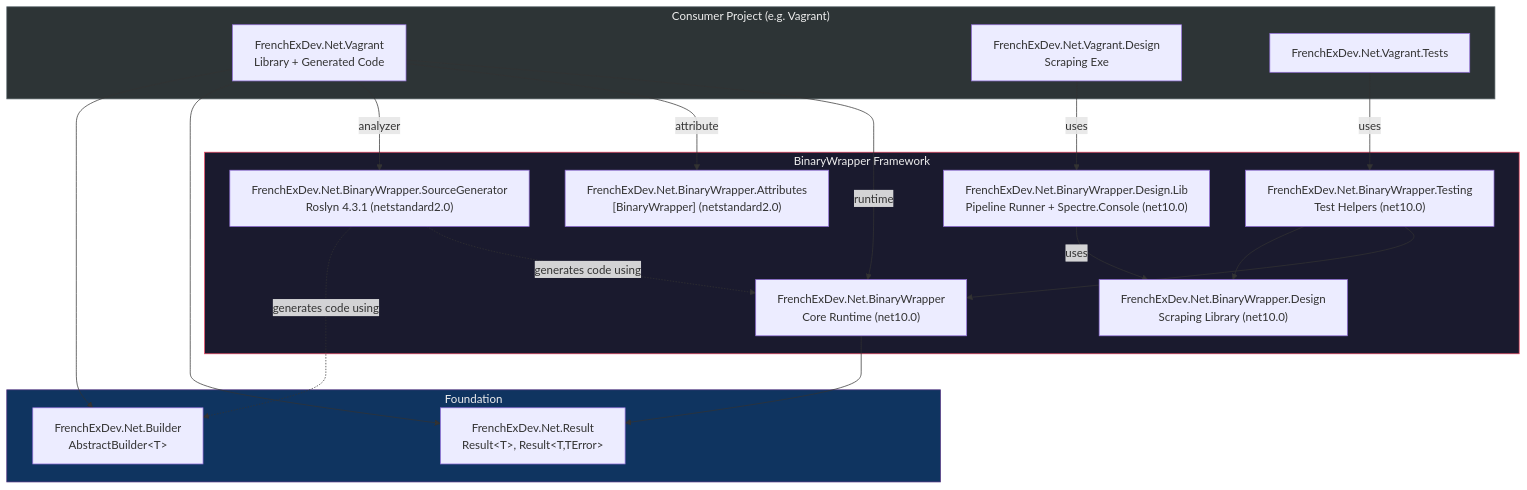
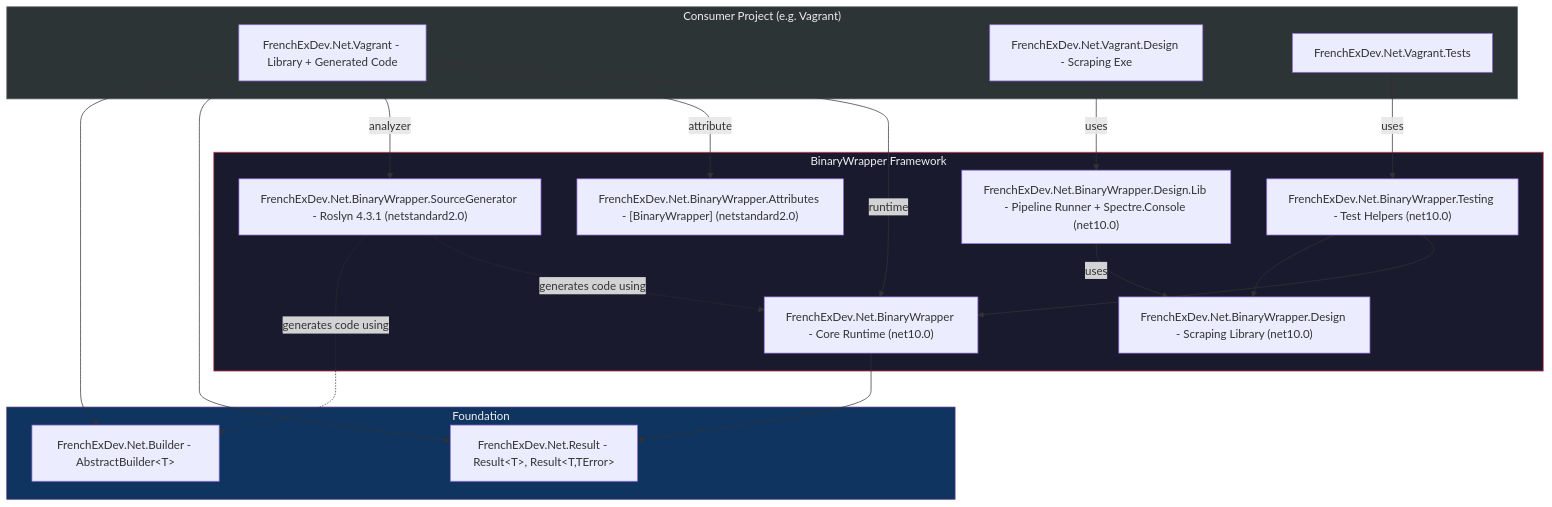
One commit to FrenchExDev/FrenchExDev changed the second of 14 diagrams in Net/FrenchExDev/BinaryWrapper/doc/ARCHITECTURE.md. Above: the diagram before and after it, drawn with Mermaid. The commit also changed other lines of this file and 2 other files, not shown here.

Commit message:
fix: mermaid markdown

````diff
--- a/Net/FrenchExDev/BinaryWrapper/doc/ARCHITECTURE.md
+++ b/Net/FrenchExDev/BinaryWrapper/doc/ARCHITECTURE.md
@@ -89,41 +89,41 @@
 ```mermaid
 flowchart TD
     subgraph Consumer["Consumer Project (e.g. Vagrant)"]
-        LIB["FrenchExDev.Net.Vagrant<br>Library + Generated Code"]
-        DESIGN["FrenchExDev.Net.Vagrant.Design<br>Scraping Exe"]
+        LIB["FrenchExDev.Net.Vagrant - Library + Generated Code"]
+        DESIGN["FrenchExDev.Net.Vagrant.Design - Scraping Exe"]
         TESTS["FrenchExDev.Net.Vagrant.Tests"]
     end
 
     subgraph Framework["BinaryWrapper Framework"]
-        CORE["FrenchExDev.Net.BinaryWrapper<br>Core Runtime (net10.0)"]
-        ATTR["FrenchExDev.Net.BinaryWrapper.Attributes<br>[BinaryWrapper] (netstandard2.0)"]
-        SG["FrenchExDev.Net.BinaryWrapper.SourceGenerator<br>Roslyn 4.3.1 (netstandard2.0)"]
-        DES["FrenchExDev.Net.BinaryWrapper.Design<br>Scraping Library (net10.0)"]
-        DESLIB["FrenchExDev.Net.BinaryWrapper.Design.Lib<br>Pipeline Runner + Spectre.Console (net10.0)"]
-        TEST["FrenchExDev.Net.BinaryWrapper.Testing<br>Test Helpers (net10.0)"]
+        CORE["FrenchExDev.Net.BinaryWrapper - Core Runtime (net10.0)"]
+        ATTR["FrenchExDev.Net.BinaryWrapper.Attributes - [BinaryWrapper] (netstandard2.0)"]
+        SG["FrenchExDev.Net.BinaryWrapper.SourceGenerator - Roslyn 4.3.1 (netstandard2.0)"]
+        DES["FrenchExDev.Net.BinaryWrapper.Design - Scraping Library (net10.0)"]
+        DESLIB["FrenchExDev.Net.BinaryWrapper.Design.Lib - Pipeline Runner + Spectre.Console (net10.0)"]
+        TEST["FrenchExDev.Net.BinaryWrapper.Testing - Test Helpers (net10.0)"]
     end
 
     subgraph Foundation["Foundation"]
-        RES["FrenchExDev.Net.Result<br>Result#lt;T#gt;, Result#lt;T,TError#gt;"]
-        BLD["FrenchExDev.Net.Builder<br>AbstractBuilder#lt;T#gt;"]
+        RES["FrenchExDev.Net.Result - Result#lt;T#gt;, Result#lt;T,TError#gt;"]
+        BLD["FrenchExDev.Net.Builder - AbstractBuilder#lt;T#gt;"]
     end
 
     LIB -->|"runtime"| CORE
     LIB -->|"attribute"| ATTR
     LIB -->|"analyzer"| SG
     LIB --> RES
     LIB --> BLD
     DESIGN -->|"uses"| DESLIB
     DESLIB -->|"uses"| DES
     TESTS -->|"uses"| TEST
 
     CORE --> RES
     SG -.->|"generates code using"| CORE
     SG -.->|"generates code using"| BLD
     TEST --> CORE
     TEST --> DES
 
     style Consumer fill:#2d3436,stroke:#636e72,color:#eee
     style Framework fill:#1a1a2e,stroke:#e94560,color:#eee
     style Foundation fill:#0f3460,stroke:#533483,color:#eee
 ```
````
